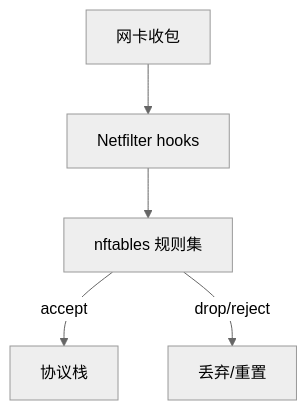
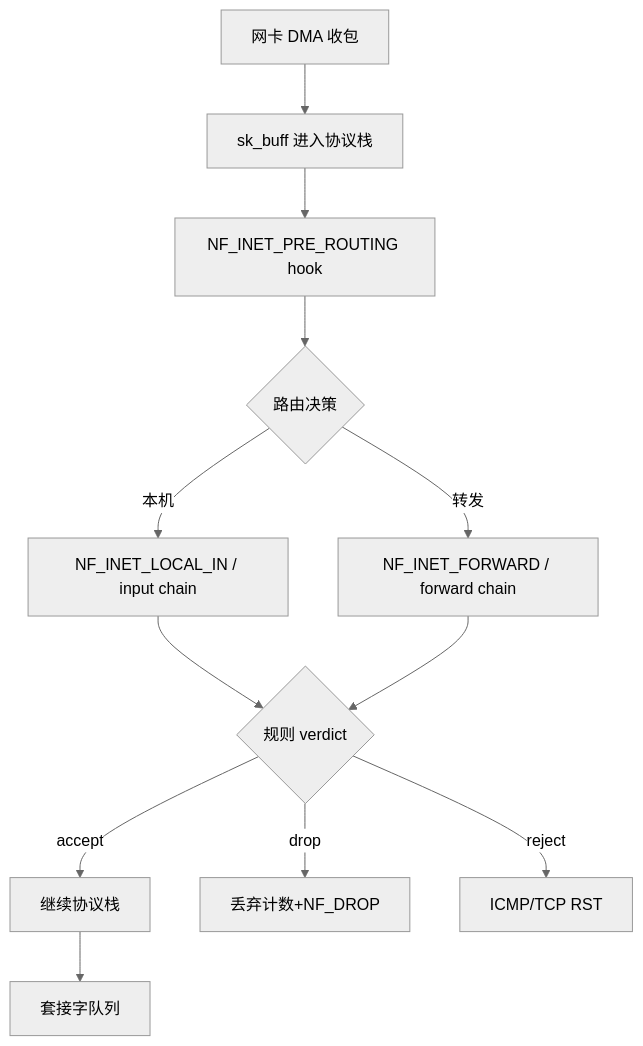
One commit to yanggan2015/knowledge-json-v2 changed the first of 3 diagrams in articles/csdn-merged/Linux运维-防火墙nftables完整篇.md. Above: the diagram before and after it, drawn with Mermaid (neutral theme). The commit also changed other lines of this file and 13 other files, not shown here.

````diff
--- a/articles/csdn-merged/Linux运维-防火墙nftables完整篇.md
+++ b/articles/csdn-merged/Linux运维-防火墙nftables完整篇.md
@@ -26,7 +58,14 @@
 ```mermaid
 flowchart TD
-    A[网卡收包] --> B[Netfilter hooks]
-    B --> C[nftables 规则集]
-    C -->|accept| D[协议栈]
-    C -->|drop/reject| E[丢弃/重置]
+    NIC[网卡 DMA 收包] --> SKB[sk_buff 进入协议栈]
+    SKB --> PR[NF_INET_PRE_ROUTING hook]
+    PR --> ROUTE{路由决策}
+    ROUTE -->|本机| LI[NF_INET_LOCAL_IN / input chain]
+    ROUTE -->|转发| FWD[NF_INET_FORWARD / forward chain]
+    LI --> VERDICT{规则 verdict}
+    FWD --> VERDICT
+    VERDICT -->|accept| STACK[继续协议栈]
+    VERDICT -->|drop| DROP[丢弃计数+NF_DROP]
+    VERDICT -->|reject| REJ[ICMP/TCP RST]
+    STACK --> SOCKET[套接字队列]
 ```
````
